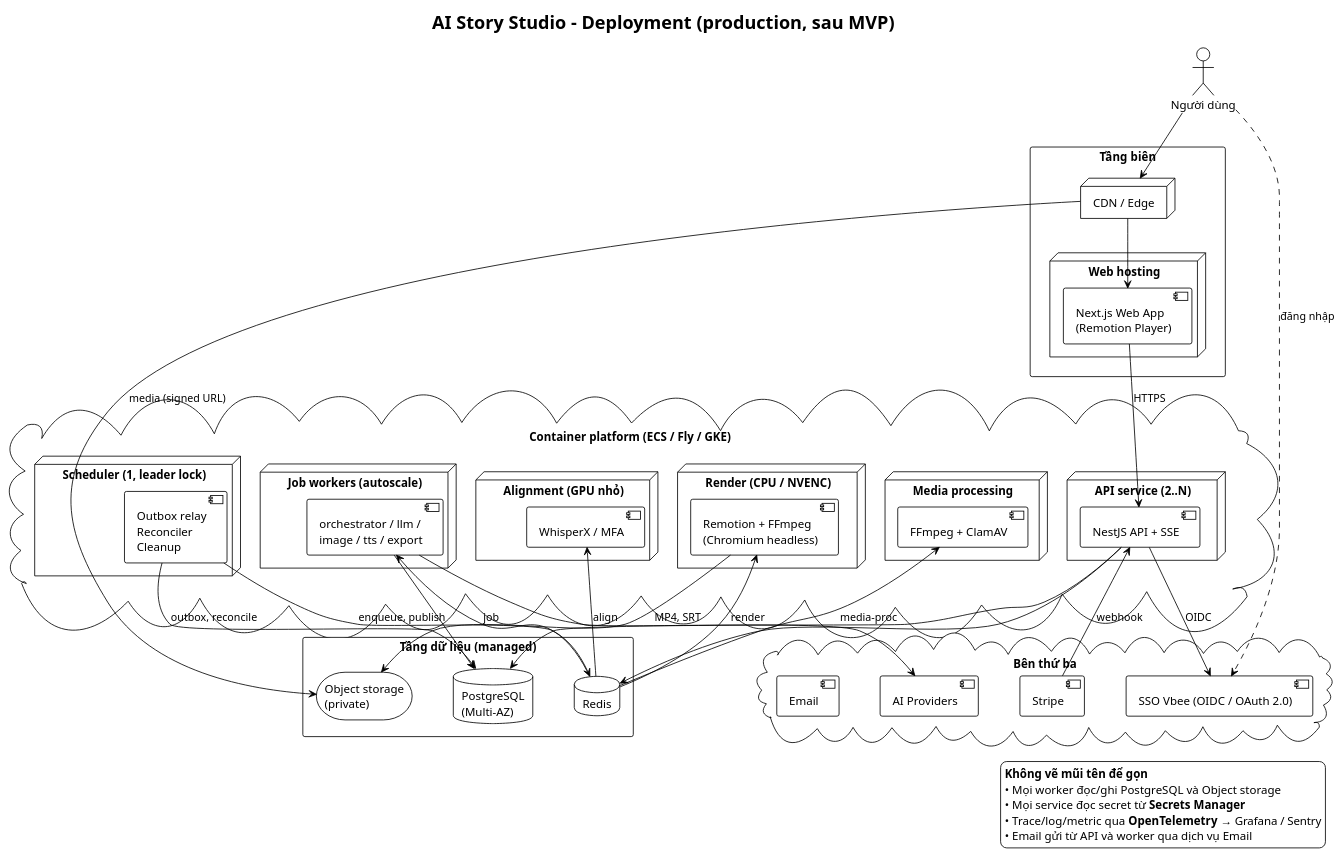
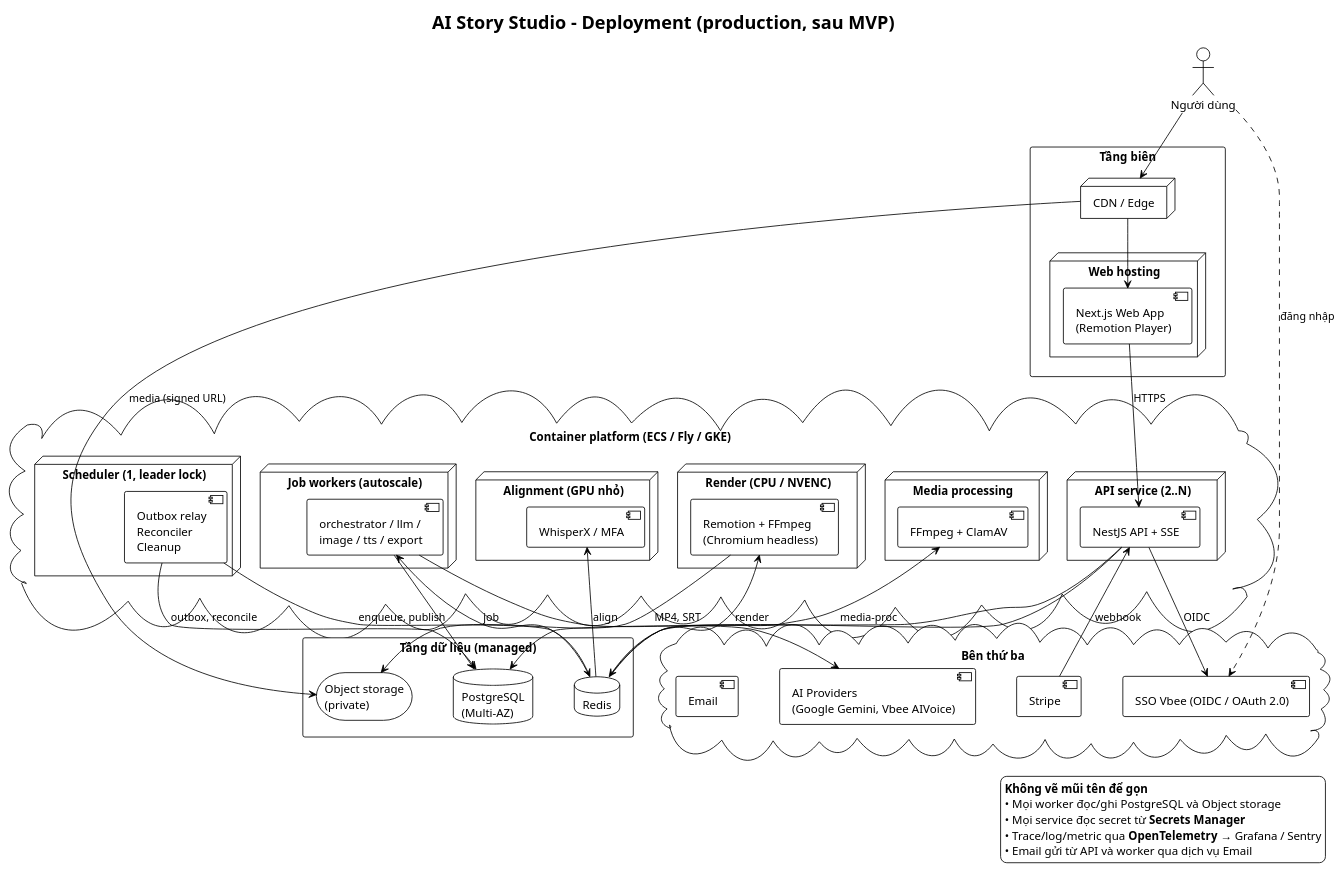
The diagram in demo-c2story/so-do/03-kien-truc/deployment.puml (202416852-anhpv/story2video-docs), drawn with PlantUML before and after one commit. The commit also changed 20 other files, not shown here.

```diff
--- a/demo-c2story/so-do/03-kien-truc/deployment.puml
+++ b/demo-c2story/so-do/03-kien-truc/deployment.puml
@@ -1,77 +1,77 @@
 @startuml Deployment
 !theme plain
 skinparam defaultFontName "Segoe UI"
 skinparam nodesep 50
 skinparam ranksep 50
 title AI Story Studio - Deployment (production, sau MVP)
 
 actor "Người dùng" as U
 
 rectangle "Tầng biên" {
     node "CDN / Edge" as cdn
     node "Web hosting" as webhost {
         component "Next.js Web App\n(Remotion Player)" as web
     }
 }
 
 cloud "Container platform (ECS / Fly / GKE)" {
     node "API service (2..N)" {
         component "NestJS API + SSE" as api
     }
     node "Scheduler (1, leader lock)" {
         component "Outbox relay\nReconciler\nCleanup" as sched
     }
     node "Job workers (autoscale)" {
         component "orchestrator / llm /\nimage / tts / export" as wk
     }
     node "Alignment (GPU nhỏ)" {
         component "WhisperX / MFA" as al
     }
     node "Media processing" {
         component "FFmpeg + ClamAV" as mp
     }
     node "Render (CPU / NVENC)" {
         component "Remotion + FFmpeg\n(Chromium headless)" as rw
     }
 }
 
 rectangle "Tầng dữ liệu (managed)" {
     database "PostgreSQL\n(Multi-AZ)" as pg
     database "Redis" as rd
     storage "Object storage\n(private)" as s3
 }
 
 cloud "Bên thứ ba" {
     component "SSO Vbee (OIDC / OAuth 2.0)" as sso
     component "Stripe" as stripe
-    component "AI Providers" as ai
+    component "AI Providers\n(Google Gemini, Vbee AIVoice)" as ai
     component "Email" as mail
 }
 
 U --> cdn
 U ..> sso : đăng nhập
 cdn --> web
 cdn --> s3 : media (signed URL)
 web --> api : HTTPS
 api --> pg
 api --> rd
 api --> sso : OIDC
 stripe --> api : webhook
 sched --> pg : outbox, reconcile
 sched --> rd : enqueue, publish
 rd --> wk : job
 rd --> al : align
 rd --> mp : media-proc
 rd --> rw : render
 wk --> ai
 wk --> pg
 rw --> s3 : MP4, SRT
 
 legend right
   **Không vẽ mũi tên để gọn**
   • Mọi worker đọc/ghi PostgreSQL và Object storage
   • Mọi service đọc secret từ **Secrets Manager**
   • Trace/log/metric qua **OpenTelemetry** → Grafana / Sentry
   • Email gửi từ API và worker qua dịch vụ Email
 endlegend
 @enduml
```
